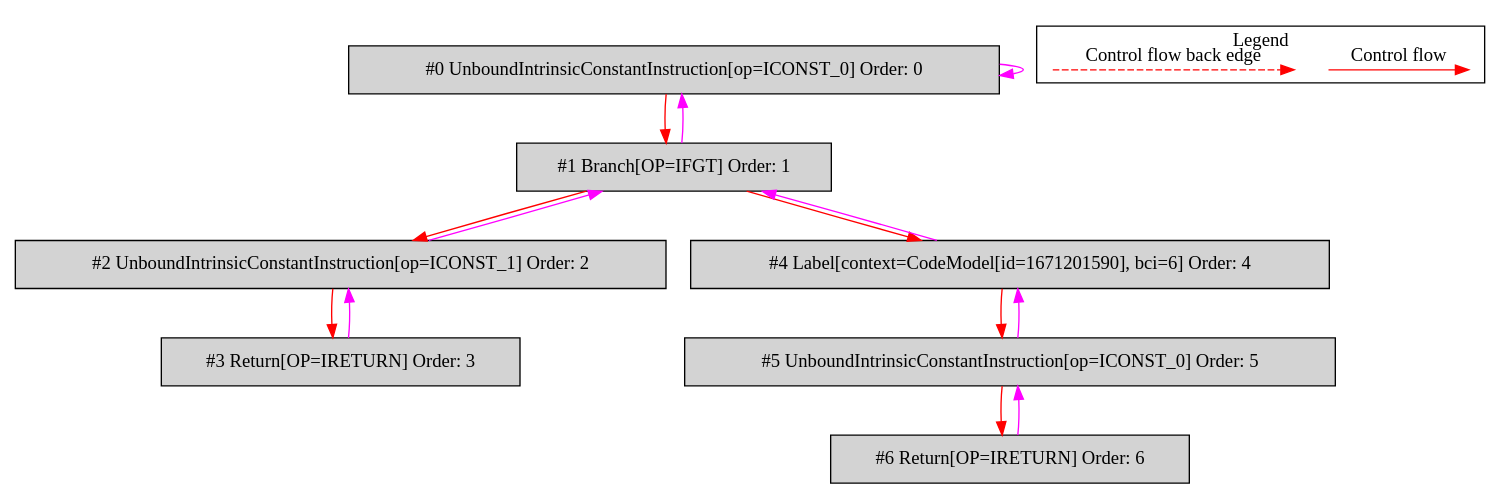
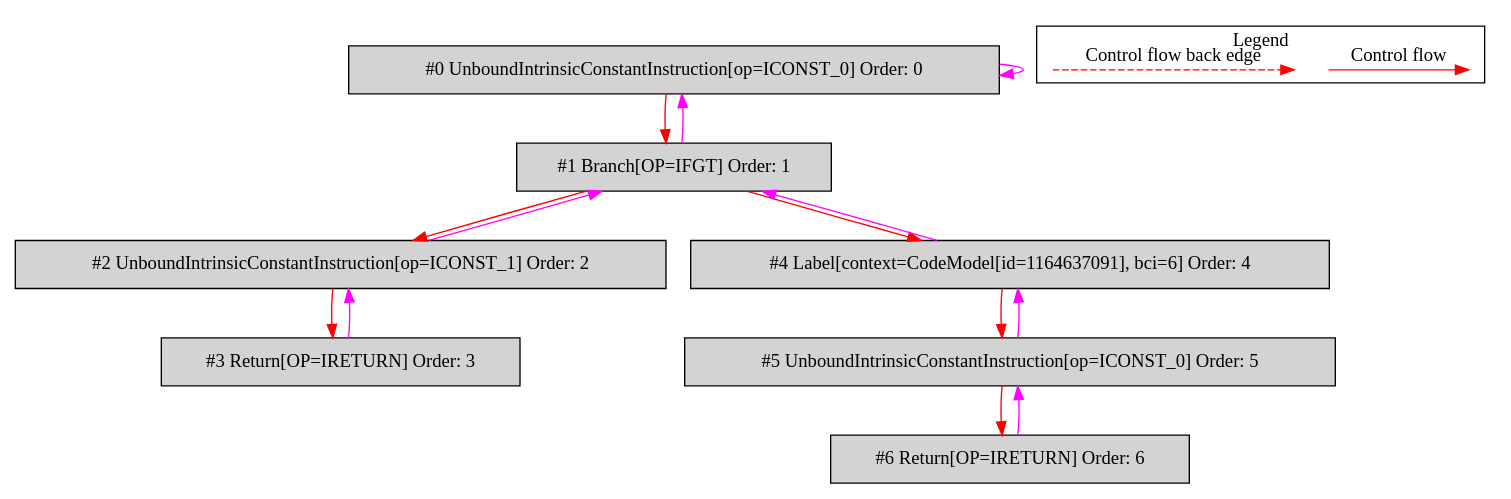
Before and after one commit to mirkosertic/MetaIR: the diagram in de.mirkosertic.metair.ir.OpcodeIFGTTest/test_IFGT/bytecodecfg.dot, drawn with Graphviz. The commit also changed 1234 other files, not shown here.

```diff
--- a/de.mirkosertic.metair.ir.OpcodeIFGTTest/test_IFGT/bytecodecfg.dot
+++ b/de.mirkosertic.metair.ir.OpcodeIFGTTest/test_IFGT/bytecodecfg.dot
@@ -1,37 +1,37 @@
 digraph {
  ordering="in";
  node0[label="#0 UnboundIntrinsicConstantInstruction[op=ICONST_0] Order: 0", shape=box, fillcolor=lightgrey, style=filled];
  node1[label="#1 Branch[OP=IFGT] Order: 1", shape=box, fillcolor=lightgrey, style=filled];
  node2[label="#2 UnboundIntrinsicConstantInstruction[op=ICONST_1] Order: 2", shape=box, fillcolor=lightgrey, style=filled];
  node3[label="#3 Return[OP=IRETURN] Order: 3", shape=box, fillcolor=lightgrey, style=filled];
- node4[label="#4 Label[context=CodeModel[id=1671201590], bci=6] Order: 4", shape=box, fillcolor=lightgrey, style=filled];
+ node4[label="#4 Label[context=CodeModel[id=1164637091], bci=6] Order: 4", shape=box, fillcolor=lightgrey, style=filled];
  node5[label="#5 UnboundIntrinsicConstantInstruction[op=ICONST_0] Order: 5", shape=box, fillcolor=lightgrey, style=filled];
  node6[label="#6 Return[OP=IRETURN] Order: 6", shape=box, fillcolor=lightgrey, style=filled];
  node0 -> node0[color=fuchsia];
  node0 -> node1[color=red];
  node1 -> node0[color=fuchsia];
  node1 -> node2[color=red];
  node2 -> node1[color=fuchsia];
  node2 -> node3[color=red];
  node3 -> node2[color=fuchsia];
  node1 -> node4[color=red];
  node4 -> node1[color=fuchsia];
  node4 -> node5[color=red];
  node5 -> node4[color=fuchsia];
  node5 -> node6[color=red];
  node6 -> node5[color=fuchsia];
  subgraph cluster_000 {
   label = "Legend";
   node [shape=point]
   {
    rank=same;
    c0 [style = invis];
    c1 [style = invis];
    c2 [style = invis];
    c3 [style = invis];
   }
   c0 -> c1 [label="Control flow", style=solid, color=red]
   c2 -> c3 [label="Control flow back edge", style=dashed, color=red]
  }
 
 }
```
